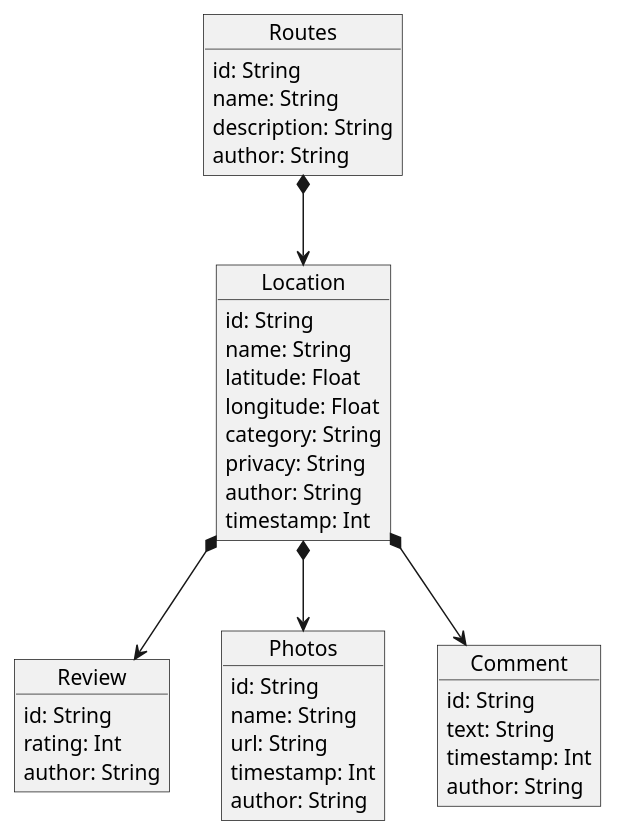
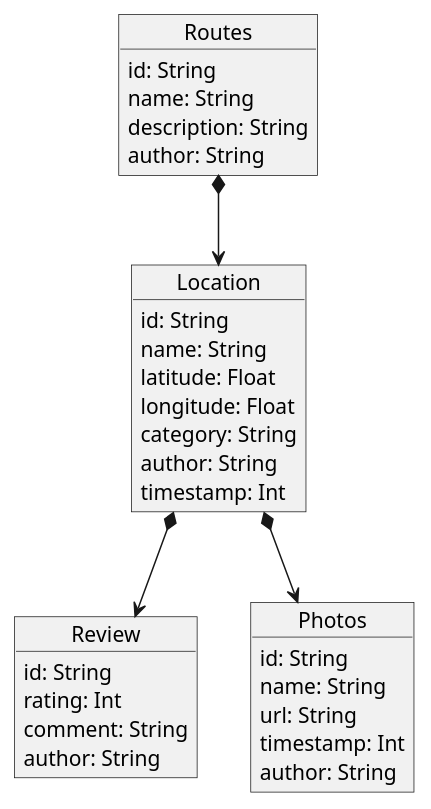
Before and after one commit to Arquisoft/lomap_es1c: the diagram in docs/08_concepts.adoc, drawn with PlantUML. The commit also changed other lines of this file, not shown here.

Commit message:
Documetacion casi terminada

```diff
--- a/docs/08_concepts.adoc
+++ b/docs/08_concepts.adoc
@@ -55,46 +55,38 @@
 [plantuml,"Domain model",png]
 ----
 object Routes{
     id: String
     name: String
     description: String
     author: String 
 }
 
 object Location{
     id: String
     name: String
     latitude: Float
     longitude: Float
     category: String
-    privacy: String
     author: String
     timestamp: Int
 }
 
 object Review{
     id: String
     rating: Int
-    author: String  
+    comment: String
+    author: String
 }
 
 object Photos{
     id: String
     name: String
     url: String
     timestamp: Int
     author: String 
 }
 
-object Comment{
-    id: String
-    text: String
-    timestamp: Int
-    author: String 
-}
-
 Routes *--> Location
 Location *--> Review
-Location *--> Comment
 Location *--> Photos
 ----
```
